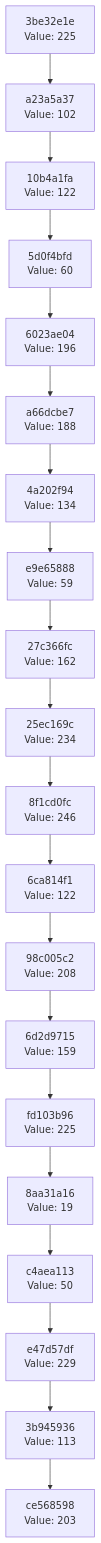
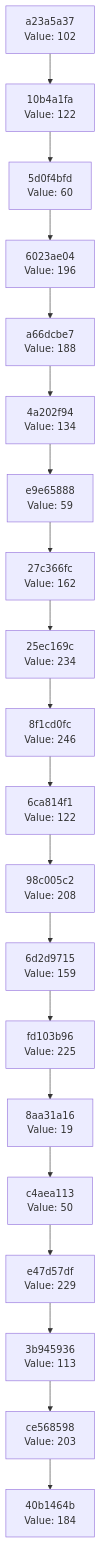
Before and after one commit to Abhisheksinha1506/hash-chain-evolver: the diagram in docs/CHAIN_VISUALIZATION.md, drawn with Mermaid. The commit also changed 3 other files, not shown here.

````diff
--- a/docs/CHAIN_VISUALIZATION.md
+++ b/docs/CHAIN_VISUALIZATION.md
@@ -3,42 +3,42 @@
 ```mermaid
 graph TD
-    C0["ce568598<br/>Value: 203"]
-    C1["3b945936<br/>Value: 113"]
+    C0["40b1464b<br/>Value: 184"]
+    C1["ce568598<br/>Value: 203"]
     C1 --> C0
-    C2["e47d57df<br/>Value: 229"]
+    C2["3b945936<br/>Value: 113"]
     C2 --> C1
-    C3["c4aea113<br/>Value: 50"]
+    C3["e47d57df<br/>Value: 229"]
     C3 --> C2
-    C4["8aa31a16<br/>Value: 19"]
+    C4["c4aea113<br/>Value: 50"]
     C4 --> C3
-    C5["fd103b96<br/>Value: 225"]
+    C5["8aa31a16<br/>Value: 19"]
     C5 --> C4
-    C6["6d2d9715<br/>Value: 159"]
+    C6["fd103b96<br/>Value: 225"]
     C6 --> C5
-    C7["98c005c2<br/>Value: 208"]
+    C7["6d2d9715<br/>Value: 159"]
     C7 --> C6
-    C8["6ca814f1<br/>Value: 122"]
+    C8["98c005c2<br/>Value: 208"]
     C8 --> C7
-    C9["8f1cd0fc<br/>Value: 246"]
+    C9["6ca814f1<br/>Value: 122"]
     C9 --> C8
-    C10["25ec169c<br/>Value: 234"]
+    C10["8f1cd0fc<br/>Value: 246"]
     C10 --> C9
-    C11["27c366fc<br/>Value: 162"]
+    C11["25ec169c<br/>Value: 234"]
     C11 --> C10
-    C12["e9e65888<br/>Value: 59"]
+    C12["27c366fc<br/>Value: 162"]
     C12 --> C11
-    C13["4a202f94<br/>Value: 134"]
+    C13["e9e65888<br/>Value: 59"]
     C13 --> C12
-    C14["a66dcbe7<br/>Value: 188"]
+    C14["4a202f94<br/>Value: 134"]
     C14 --> C13
-    C15["6023ae04<br/>Value: 196"]
+    C15["a66dcbe7<br/>Value: 188"]
     C15 --> C14
-    C16["5d0f4bfd<br/>Value: 60"]
+    C16["6023ae04<br/>Value: 196"]
     C16 --> C15
-    C17["10b4a1fa<br/>Value: 122"]
+    C17["5d0f4bfd<br/>Value: 60"]
     C17 --> C16
-    C18["a23a5a37<br/>Value: 102"]
+    C18["10b4a1fa<br/>Value: 122"]
     C18 --> C17
-    C19["3be32e1e<br/>Value: 225"]
+    C19["a23a5a37<br/>Value: 102"]
     C19 --> C18
 ```
````
